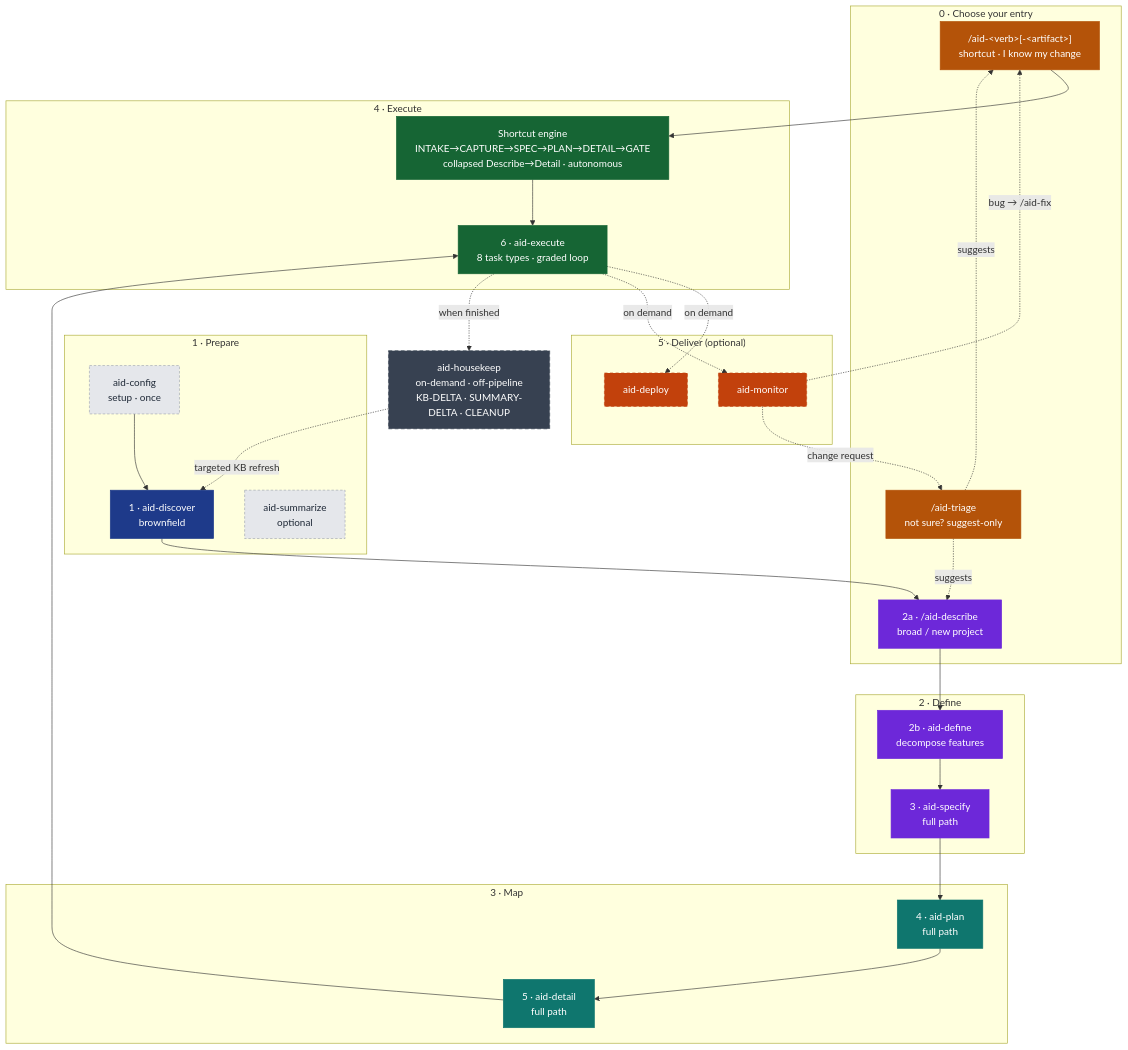
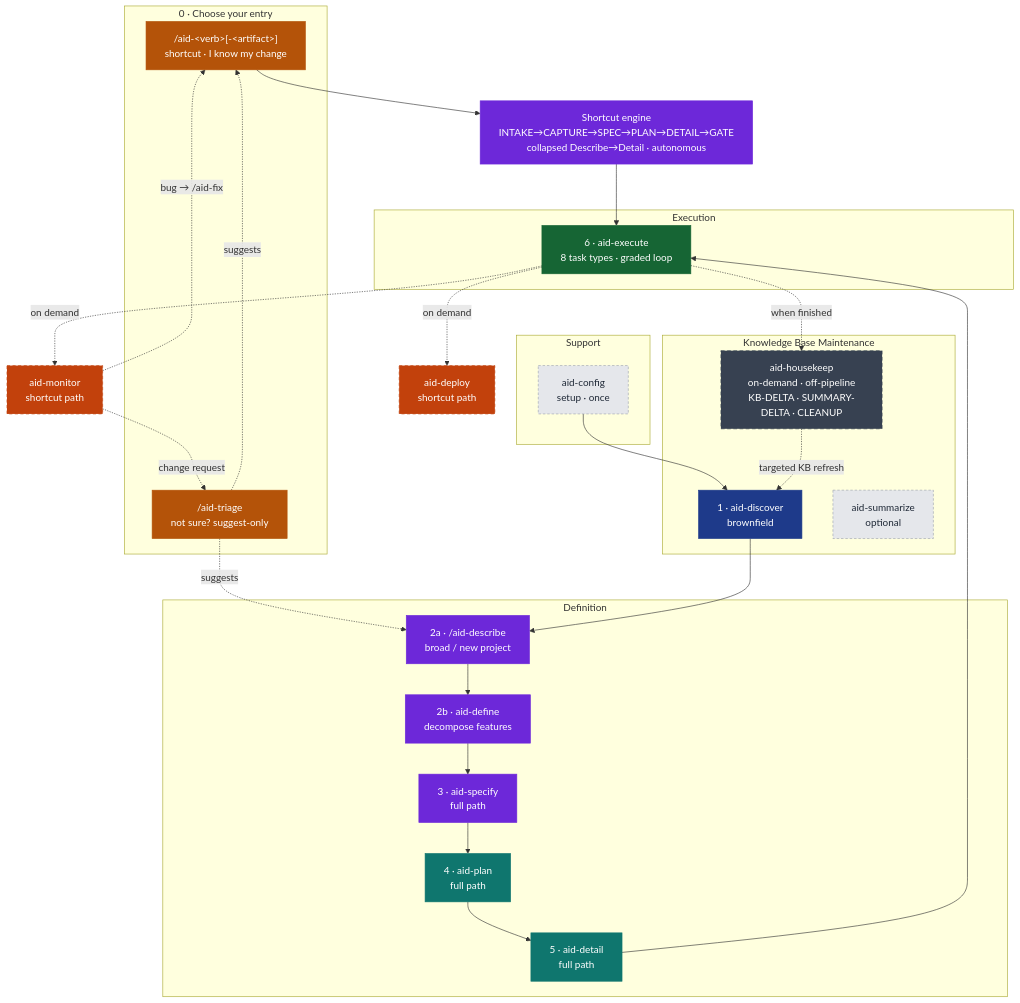
One commit to AndreVianna/aid-methodology changed the diagram in site/src/content/docs/index.mdx. Above: the diagram before and after it, drawn with Mermaid. The commit also changed 91 other files, not shown here.

First line of the commit message:
refactor(work-018): reframe phase/group model — numbered pipeline ends at Execute, 4 skill groups

````diff
--- a/site/src/content/docs/index.mdx
+++ b/site/src/content/docs/index.mdx
@@ -25,52 +25,50 @@
 ```mermaid
 flowchart TB
     classDef prep    fill:#1E3A8A,stroke:#1E3A8A,color:#ffffff
     classDef def     fill:#6D28D9,stroke:#6D28D9,color:#ffffff
     classDef map     fill:#0F766E,stroke:#0F766E,color:#ffffff
     classDef exe     fill:#166534,stroke:#166534,color:#ffffff
     classDef delopt  fill:#C2410C,stroke:#C2410C,color:#ffffff,stroke-dasharray:5 4
     classDef aux     fill:#E5E7EB,stroke:#9CA3AF,color:#1F2937,stroke-dasharray:4 3
     classDef offpipe fill:#374151,stroke:#374151,color:#ffffff,stroke-dasharray:6 4
     classDef entry   fill:#B45309,stroke:#B45309,color:#ffffff
 
     subgraph G0[" 0 · Choose your entry "]
         SC["/aid-&lt;verb&gt;[-&lt;artifact&gt;]<br/>shortcut · I know my change"]:::entry
         TR["/aid-triage<br/>not sure? suggest-only"]:::entry
-        Desc["2a · /aid-describe<br/>broad / new project"]:::def
     end
-    subgraph G1[" 1 · Prepare "]
+    subgraph GS[" Support "]
         Init["aid-config<br/>setup · once"]:::aux
+    end
+    subgraph G1[" Knowledge Base Maintenance "]
         Disc["1 · aid-discover<br/>brownfield"]:::prep
         Sum["aid-summarize<br/>optional"]:::aux
+        HK["aid-housekeep<br/>on-demand · off-pipeline<br/>KB-DELTA · SUMMARY-DELTA · CLEANUP"]:::offpipe
     end
-    subgraph G2[" 2 · Define "]
+    subgraph G2[" Definition "]
+        Desc["2a · /aid-describe<br/>broad / new project"]:::def
         Def["2b · aid-define<br/>decompose features"]:::def
         Spec["3 · aid-specify<br/>full path"]:::def
-    end
-    subgraph G3[" 3 · Map "]
         Plan["4 · aid-plan<br/>full path"]:::map
         Det["5 · aid-detail<br/>full path"]:::map
     end
-    subgraph G4[" 4 · Execute "]
-        Eng["Shortcut engine<br/>INTAKE→CAPTURE→SPEC→PLAN→DETAIL→GATE<br/>collapsed Describe→Detail · autonomous"]:::exe
+    subgraph G4[" Execution "]
         Exe["6 · aid-execute<br/>8 task types · graded loop"]:::exe
     end
-    subgraph G5[" 5 · Deliver (optional) "]
-        Dep["aid-deploy"]:::delopt
-        Mon["aid-monitor"]:::delopt
-    end
 
-    HK["aid-housekeep<br/>on-demand · off-pipeline<br/>KB-DELTA · SUMMARY-DELTA · CLEANUP"]:::offpipe
+    Eng["Shortcut engine<br/>INTAKE→CAPTURE→SPEC→PLAN→DETAIL→GATE<br/>collapsed Describe→Detail · autonomous"]:::def
+    Dep["aid-deploy<br/>shortcut path"]:::delopt
+    Mon["aid-monitor<br/>shortcut path"]:::delopt
 
     TR -. suggests .-> SC
     TR -. suggests .-> Desc
     Init --> Disc --> Desc
     SC --> Eng --> Exe
     Desc --> Def --> Spec --> Plan --> Det --> Exe
     Exe -. "on demand" .-> Dep
     Exe -. "on demand" .-> Mon
     Exe -. "when finished" .-> HK
     HK  -. "targeted KB refresh" .-> Disc
     Mon -. "bug → /aid-fix" .-> SC
     Mon -. "change request" .-> TR
 ```
````
